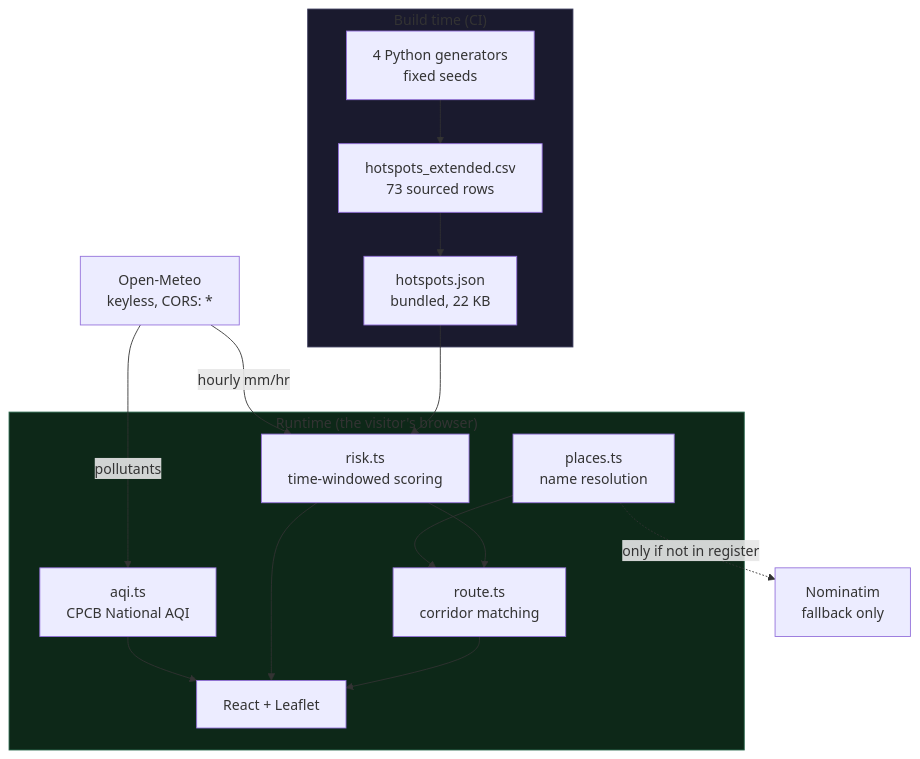
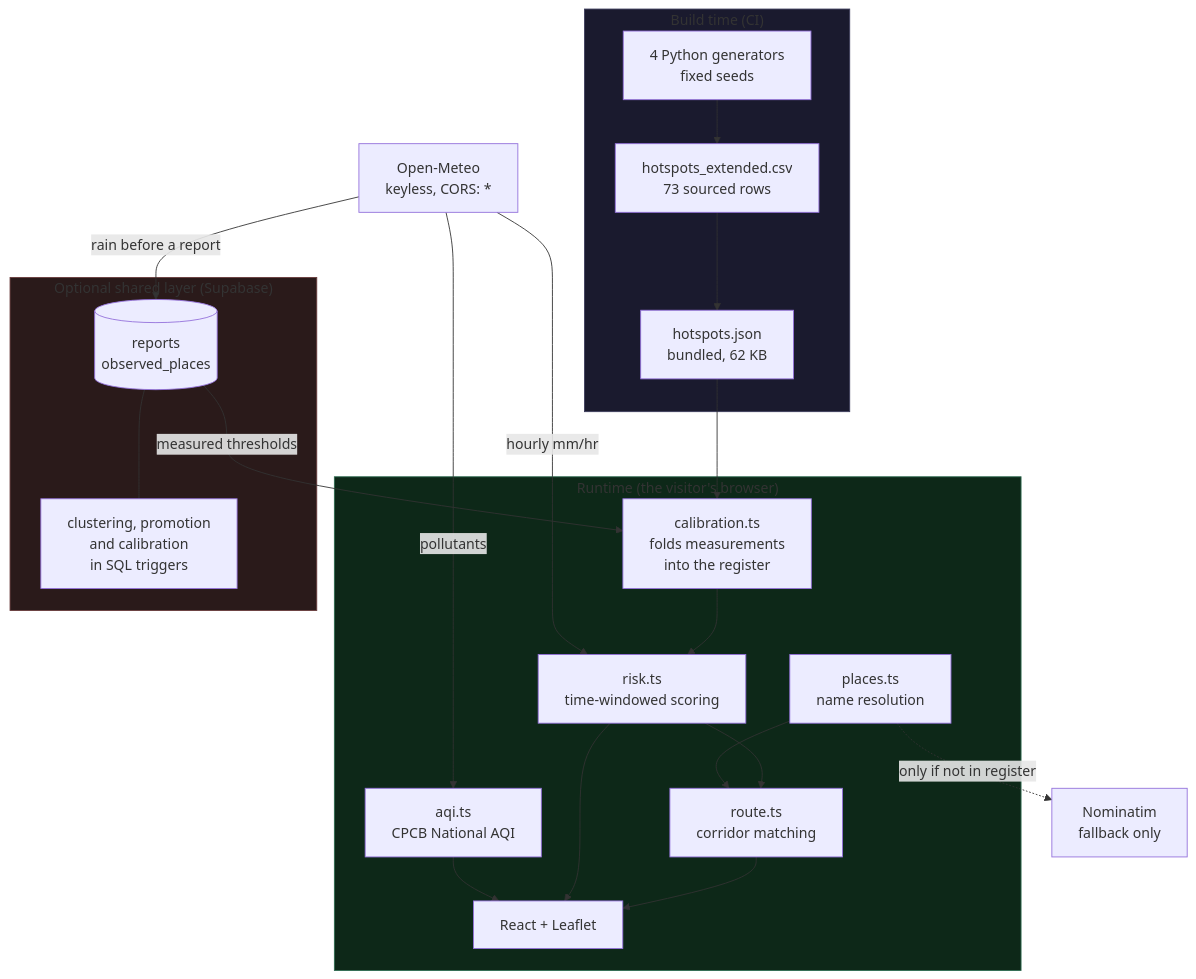
One commit to adarshcod30/Floodcast-Gurugram changed the second of 3 diagrams in README.md. Above: the diagram before and after it, drawn with Mermaid. The commit also changed other lines of this file and 1 other file, not shown here.

````diff
--- a/README.md
+++ b/README.md
@@ -162,32 +247,42 @@
 ```mermaid
 flowchart TB
     subgraph build ["Build time (CI)"]
+        GEN["4 Python generators<br/>fixed seeds"]
         CSV["hotspots_extended.csv<br/>73 sourced rows"]
-        GEN["4 Python generators<br/>fixed seeds"]
-        JSON["hotspots.json<br/>bundled, 22 KB"]
+        JSON["hotspots.json<br/>bundled, 62 KB"]
         GEN --> CSV --> JSON
     end
 
     subgraph device ["Runtime (the visitor's browser)"]
         RISK["risk.ts<br/>time-windowed scoring"]
         ROUTE["route.ts<br/>corridor matching"]
         PLACES["places.ts<br/>name resolution"]
         AQI["aqi.ts<br/>CPCB National AQI"]
+        CALIB["calibration.ts<br/>folds measurements<br/>into the register"]
         UI["React + Leaflet"]
+    end
+
+    subgraph shared ["Optional shared layer (Supabase)"]
+        DB[("reports<br/>observed_places")]
+        RULES["clustering, promotion<br/>and calibration<br/>in SQL triggers"]
+        DB --- RULES
     end
 
     OM["Open-Meteo<br/>keyless, CORS: *"]
     NOM["Nominatim<br/>fallback only"]
 
-    JSON --> RISK
+    JSON --> CALIB --> RISK
     OM -->|"hourly mm/hr"| RISK
     OM -->|"pollutants"| AQI
+    OM -->|"rain before a report"| DB
+    DB -->|"measured thresholds"| CALIB
     RISK --> ROUTE --> UI
     RISK --> UI
     AQI --> UI
     PLACES -.->|"only if not in register"| NOM
     PLACES --> ROUTE
 
     style device fill:#0d2818,stroke:#2d6a4f
     style build fill:#1a1a2e,stroke:#3d3d5c
+    style shared fill:#2a1a1a,stroke:#6a3d3d
 ```
````
